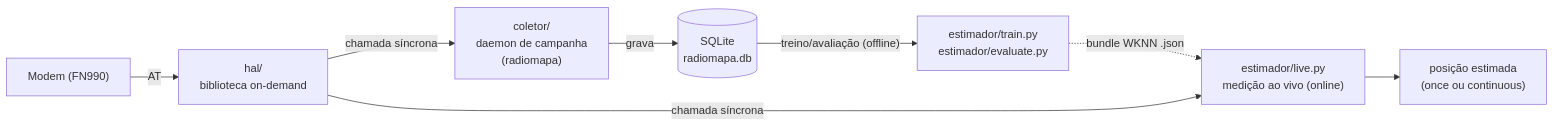
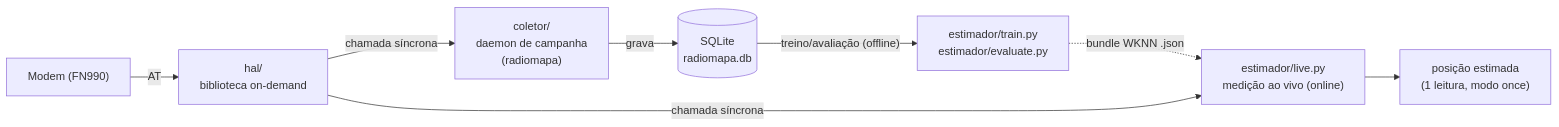
Before and after one commit to tedalmora/geoloc_estimator: the diagram in README.md, drawn with Mermaid. The commit also changed other lines of this file and 10 other files, not shown here.

First line of the commit message:
Fase 6: inferencia atual simples (live.py once com WKNN ou Cell-ID)

````diff
--- a/README.md
+++ b/README.md
@@ -38,10 +38,10 @@
 ```mermaid
 flowchart LR
     MODEM["Modem (FN990)"] -- "AT" --> HAL["hal/\nbiblioteca on-demand"]
     HAL -- "chamada síncrona" --> COL["coletor/\ndaemon de campanha\n(radiomapa)"]
     COL -- "grava" --> DB[("SQLite\nradiomapa.db")]
     DB -- "treino/avaliação (offline)" --> TREINO["estimador/train.py\nestimador/evaluate.py"]
     TREINO -. "bundle WKNN .json" .-> LIVE
     HAL -- "chamada síncrona" --> LIVE["estimador/live.py\nmedição ao vivo (online)"]
-    LIVE --> POS["posição estimada\n(once ou continuous)"]
+    LIVE --> POS["posição estimada\n(1 leitura, modo once)"]
 ```
````
